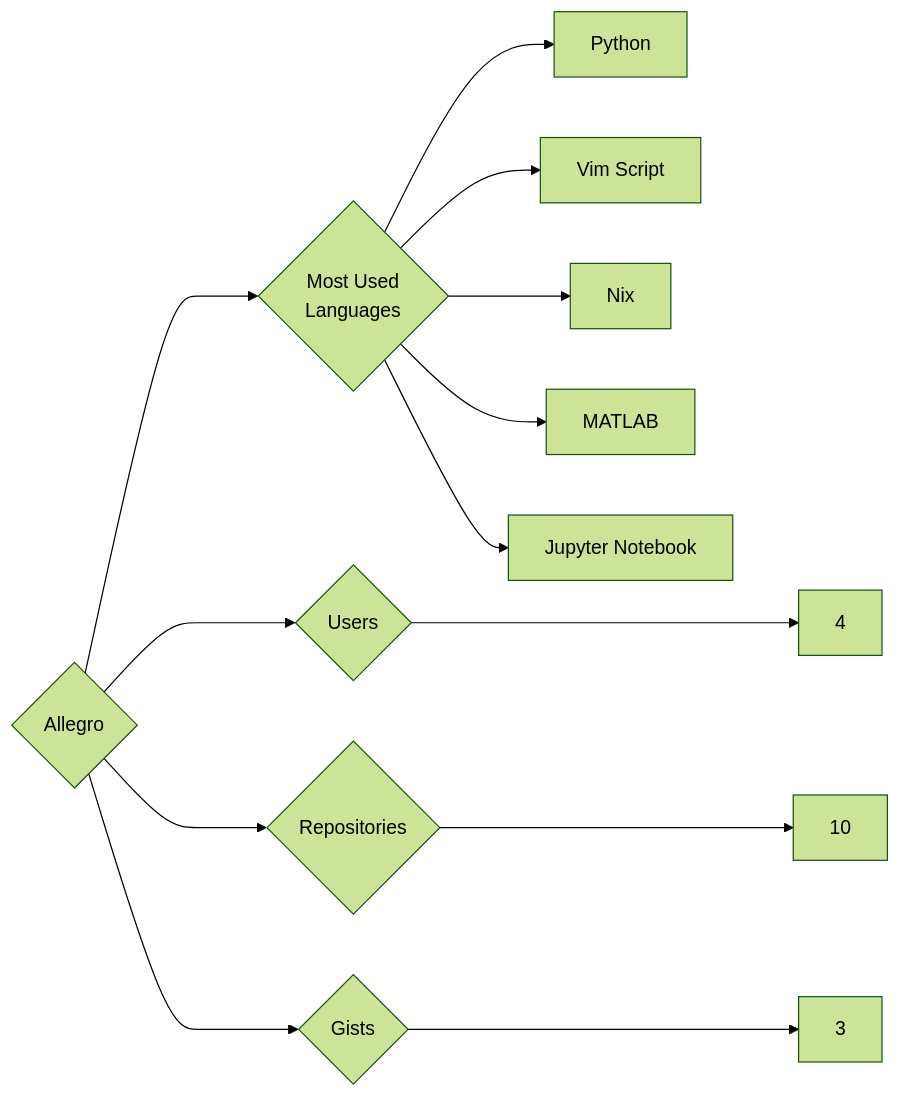
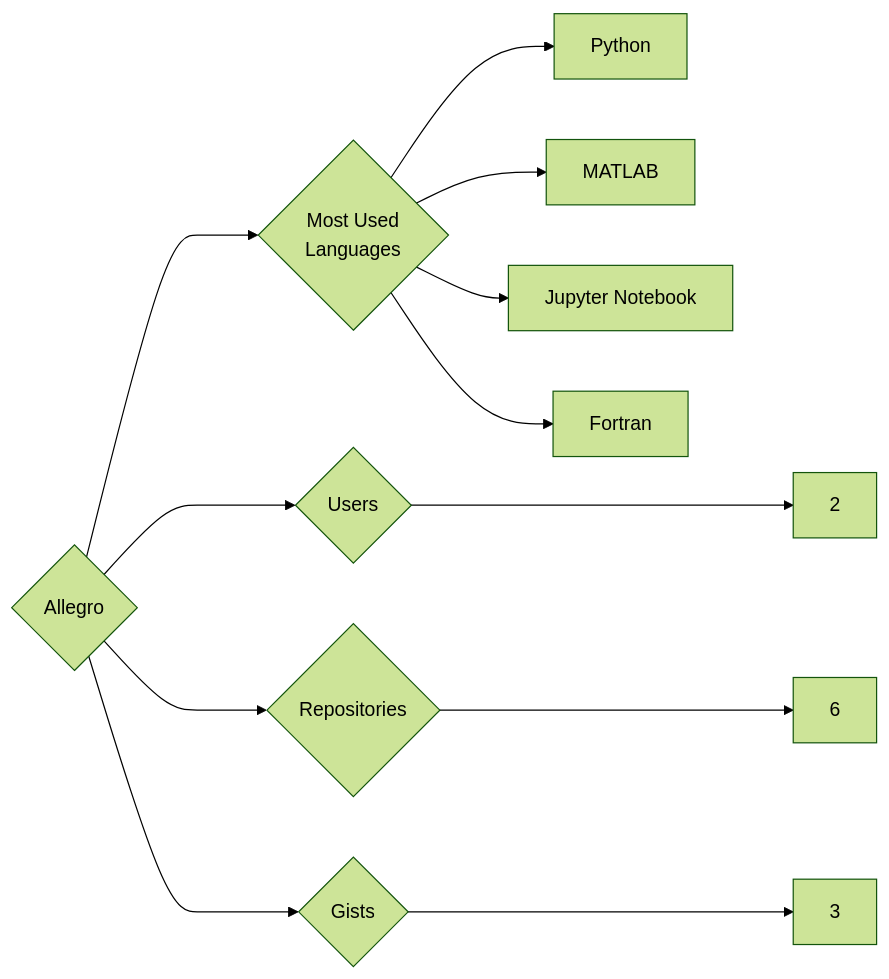
One commit to trickest/insiders changed the diagram in targets/Allegro/README.md. Above: the diagram before and after it, drawn with Mermaid (forest theme). The commit also changed 1084 other files, not shown here.

````diff
--- a/targets/Allegro/README.md
+++ b/targets/Allegro/README.md
@@ -3,13 +3,12 @@
 ```mermaid
 graph LR
 COMPANY_NAME{Allegro}
-COMPANY_NAME ---> U{Users} ---> UN[4]
-COMPANY_NAME ---> R{Repositories} ---> RN[10]
+COMPANY_NAME ---> U{Users} ---> UN[2]
+COMPANY_NAME ---> R{Repositories} ---> RN[6]
 COMPANY_NAME ---> G{Gists} ---> GN[3]
 COMPANY_NAME ---> ML{Most Used<br>Languages}
 ML --> Python[Python]
-ML --> Vim_Script[Vim Script]
-ML --> Nix[Nix]
 ML --> MATLAB[MATLAB]
 ML --> Jupyter_Notebook[Jupyter Notebook]
+ML --> Fortran[Fortran]
 ```
````
